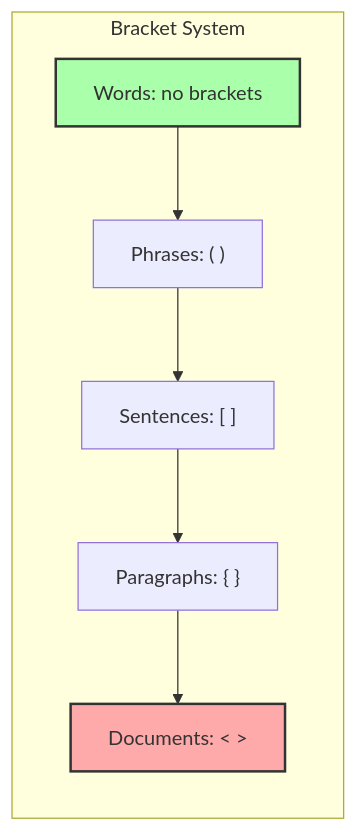
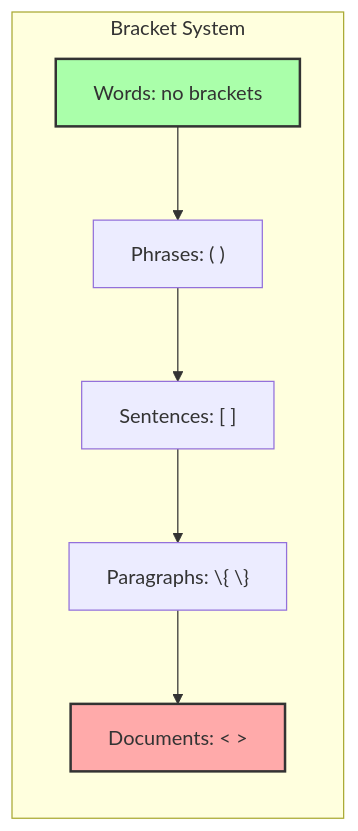
One commit to loning/the-binarymath changed the third of 12 diagrams in docs/codex/volume-00-collapse-language/chapter-010-nestcollapse.md. Above: the diagram before and after it, drawn with Mermaid. The commit also changed other lines of this file and 1 other file, not shown here.

````diff
--- a/docs/codex/volume-00-collapse-language/chapter-010-nestcollapse.md
+++ b/docs/codex/volume-00-collapse-language/chapter-010-nestcollapse.md
@@ -137,15 +137,15 @@
 ```mermaid
 graph LR
     subgraph "Bracket System"
         W["Words: no brackets"]
         P["Phrases: ( )"]
         S["Sentences: [ ]"]
-        PA["Paragraphs: { }"]
+        PA["Paragraphs: \{ \}"]
         D["Documents: < >"]
     end
     
     W --> P --> S --> PA --> D
     
     style W fill:#afa,stroke:#333,stroke-width:2px
     style D fill:#faa,stroke:#333,stroke-width:2px
 ```
````
